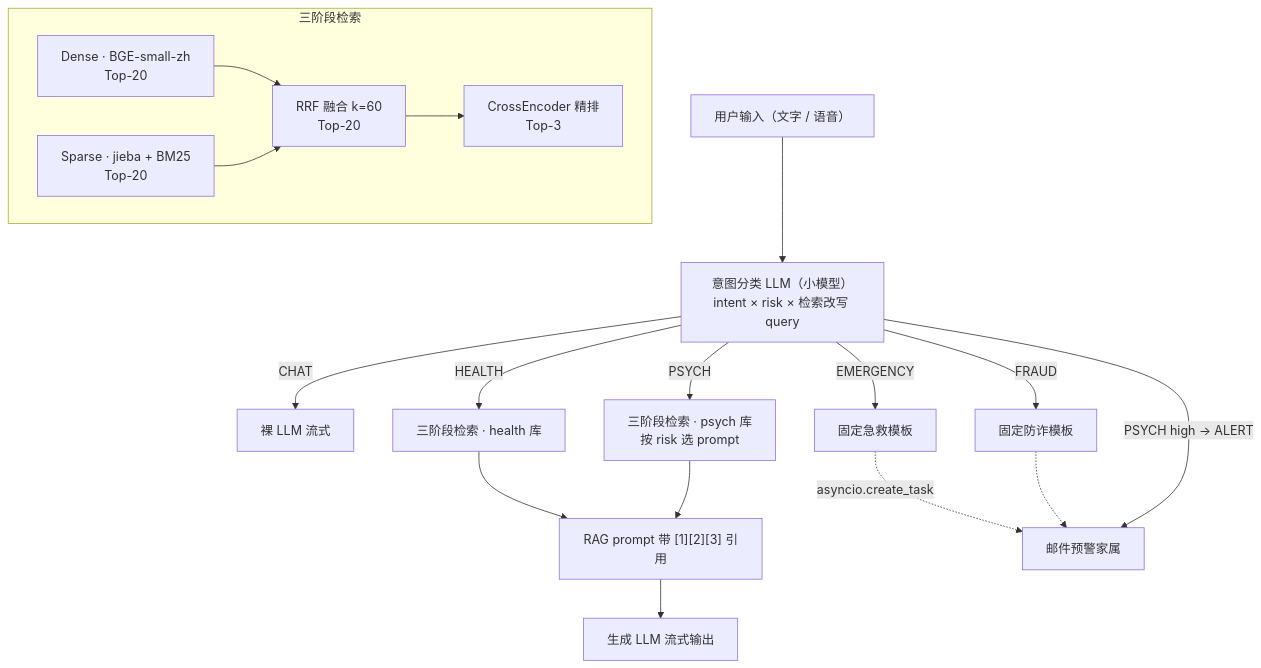
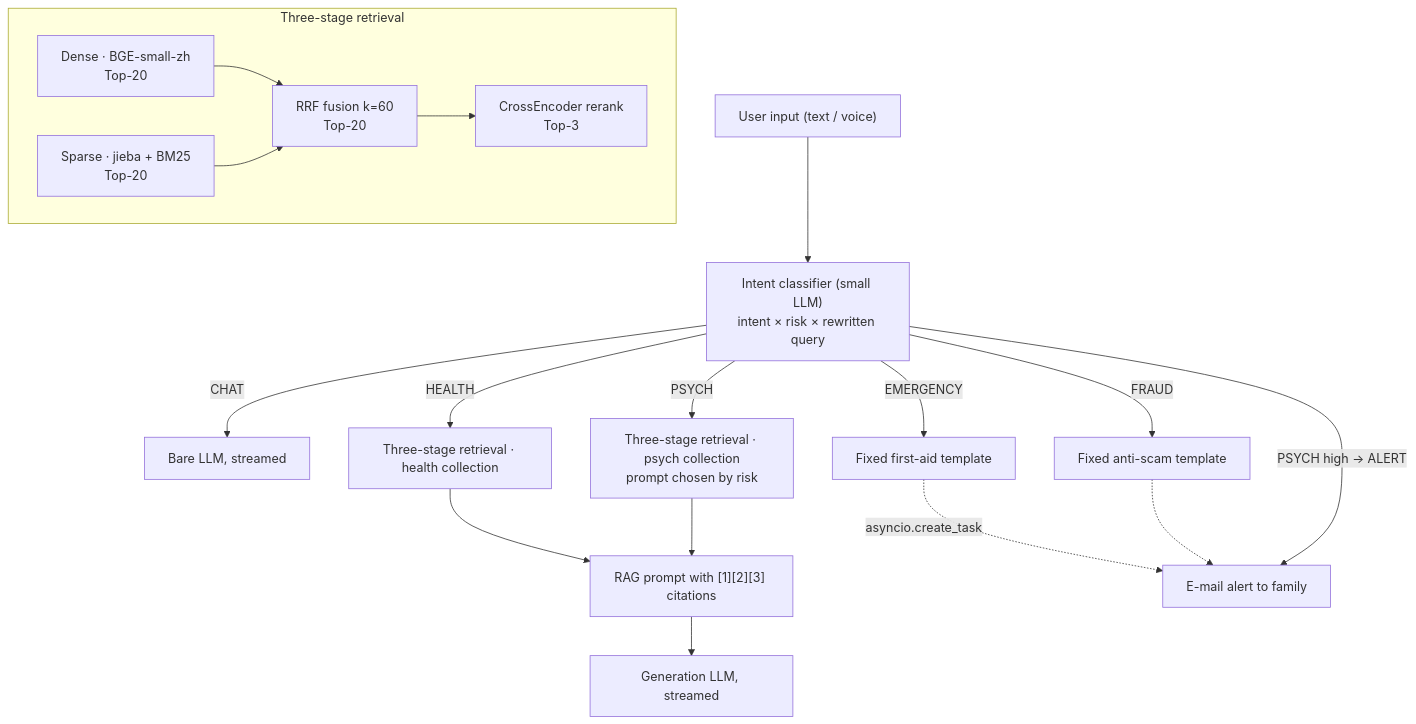
The diagram in README.md (bluegumtrees/ElderCare), drawn with Mermaid before and after one commit. The commit also changed other lines of this file and 1 other file, not shown here.

````diff
--- a/README.md
+++ b/README.md
@@ -51,21 +61,21 @@
 ```mermaid
 flowchart TD
-    U["用户输入（文字 / 语音）"] --> C["意图分类 LLM（小模型）\nintent × risk × 检索改写 query"]
-    C -->|CHAT| L1["裸 LLM 流式"]
-    C -->|HEALTH| R1["三阶段检索 · health 库"]
-    C -->|PSYCH| R2["三阶段检索 · psych 库\n按 risk 选 prompt"]
-    C -->|EMERGENCY| T1["固定急救模板"]
-    C -->|FRAUD| T2["固定防诈模板"]
-    R1 --> P["RAG prompt 带 [1][2][3] 引用"]
+    U["User input (text / voice)"] --> C["Intent classifier (small LLM)\nintent × risk × rewritten query"]
+    C -->|CHAT| L1["Bare LLM, streamed"]
+    C -->|HEALTH| R1["Three-stage retrieval · health collection"]
+    C -->|PSYCH| R2["Three-stage retrieval · psych collection\nprompt chosen by risk"]
+    C -->|EMERGENCY| T1["Fixed first-aid template"]
+    C -->|FRAUD| T2["Fixed anti-scam template"]
+    R1 --> P["RAG prompt with [1][2][3] citations"]
     R2 --> P
-    P --> G["生成 LLM 流式输出"]
-    T1 -.->|asyncio.create_task| M["邮件预警家属"]
+    P --> G["Generation LLM, streamed"]
+    T1 -.->|asyncio.create_task| M["E-mail alert to family"]
     T2 -.-> M
     C -->|"PSYCH high → ALERT"| M
 
-    subgraph 三阶段检索
-        D1["Dense · BGE-small-zh\nTop-20"] --> F["RRF 融合 k=60\nTop-20"]
+    subgraph Three-stage retrieval
+        D1["Dense · BGE-small-zh\nTop-20"] --> F["RRF fusion k=60\nTop-20"]
         D2["Sparse · jieba + BM25\nTop-20"] --> F
-        F --> RR["CrossEncoder 精排\nTop-3"]
+        F --> RR["CrossEncoder rerank\nTop-3"]
     end
 ```
````
